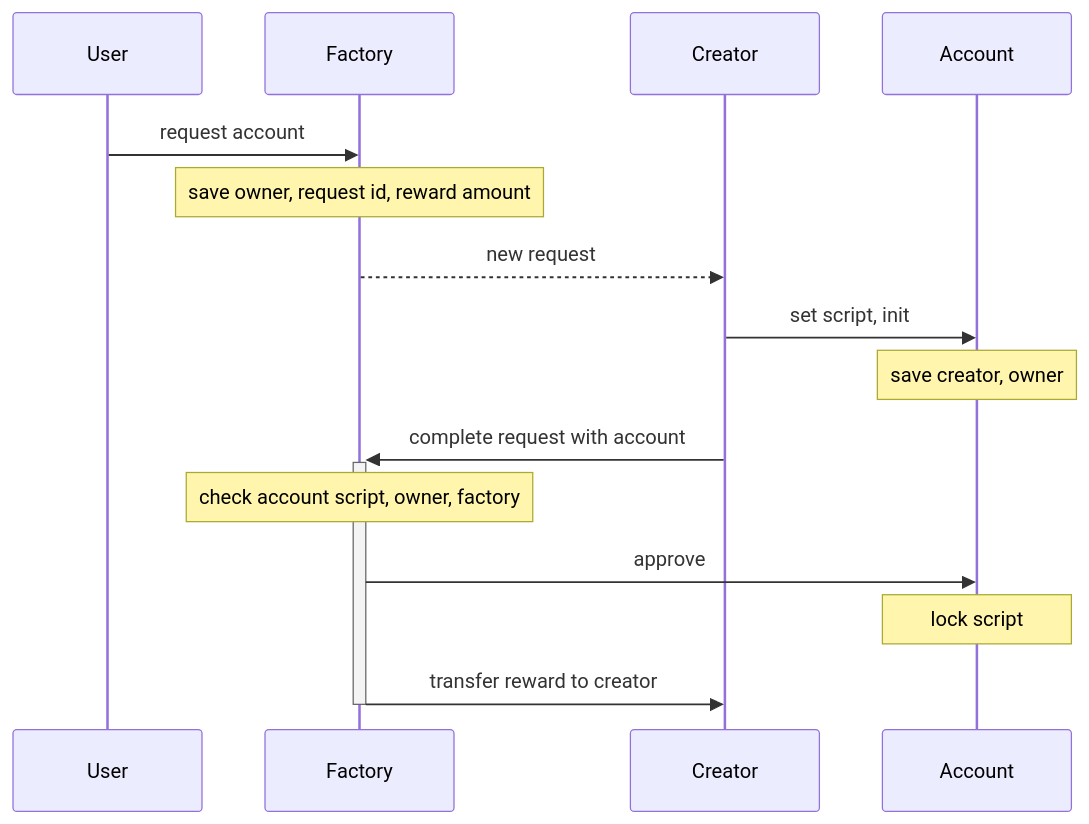
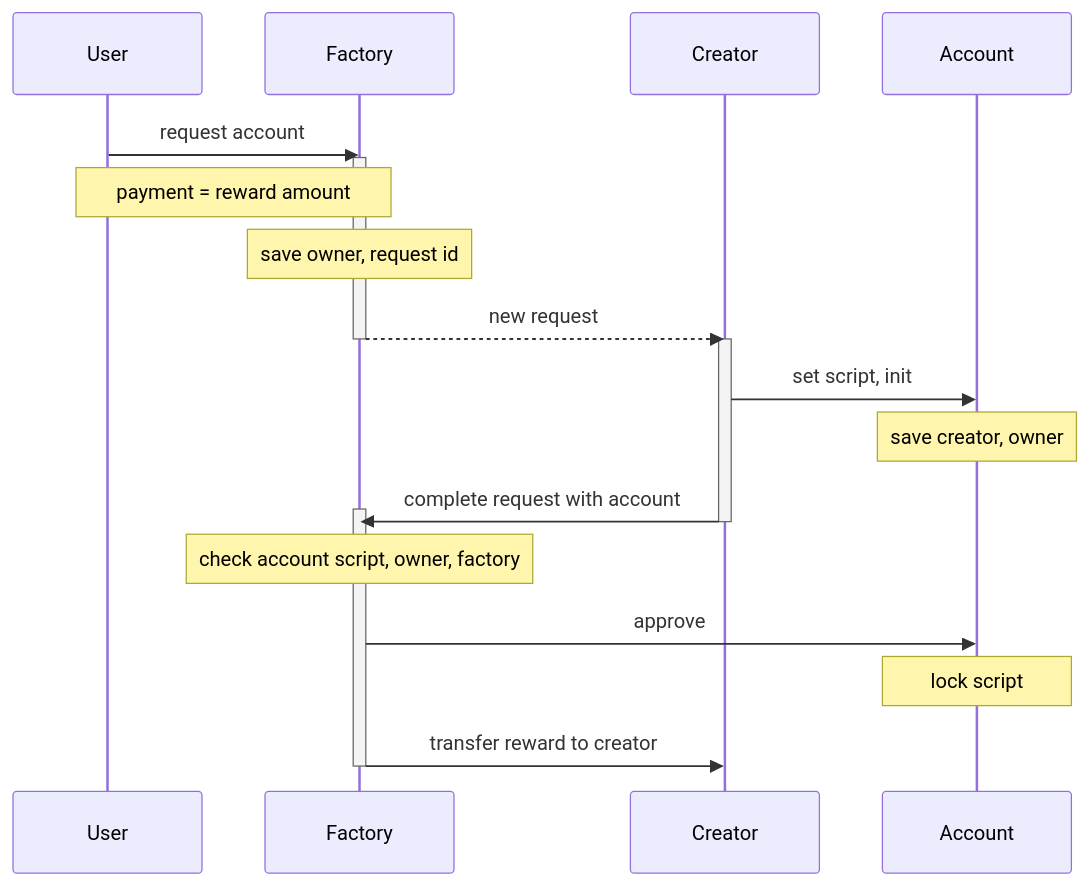
One commit to waves-exchange/contracts changed the first of 2 diagrams in ride/grid-trading/info.md. Above: the diagram before and after it, drawn with Mermaid.

Commit message:
update info

````diff
--- a/ride/grid-trading/info.md
+++ b/ride/grid-trading/info.md
@@ -40,13 +40,20 @@
 ```mermaid
 sequenceDiagram
   User ->> Factory: request account
-  Note over Factory: save owner, request id, reward amount
+  activate Factory
+  Note over User, Factory: payment = reward amount
+  Note over Factory: save owner, request id
   Factory -->> Creator: new request
+  deactivate Factory
+  activate Creator
   Creator ->> Account: set script, init
   Note over Account: save creator, owner
-  Creator ->>+ Factory: complete request with account
+  Creator ->> Factory: complete request with account
+  activate Factory
+  deactivate Creator
   Note over Factory: check account script, owner, factory
   Factory ->> Account: approve
   Note over Account: lock script
-  Factory ->>- Creator: transfer reward to creator
+  Factory ->> Creator: transfer reward to creator
+  deactivate Factory
 ```
````
